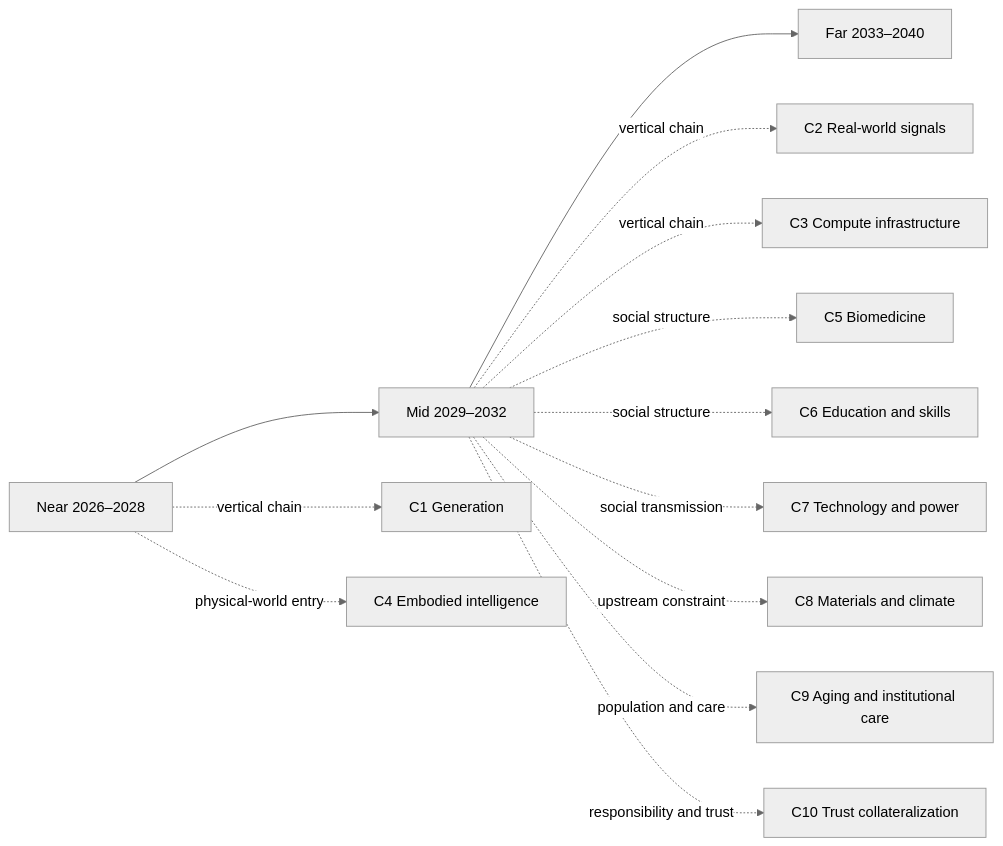
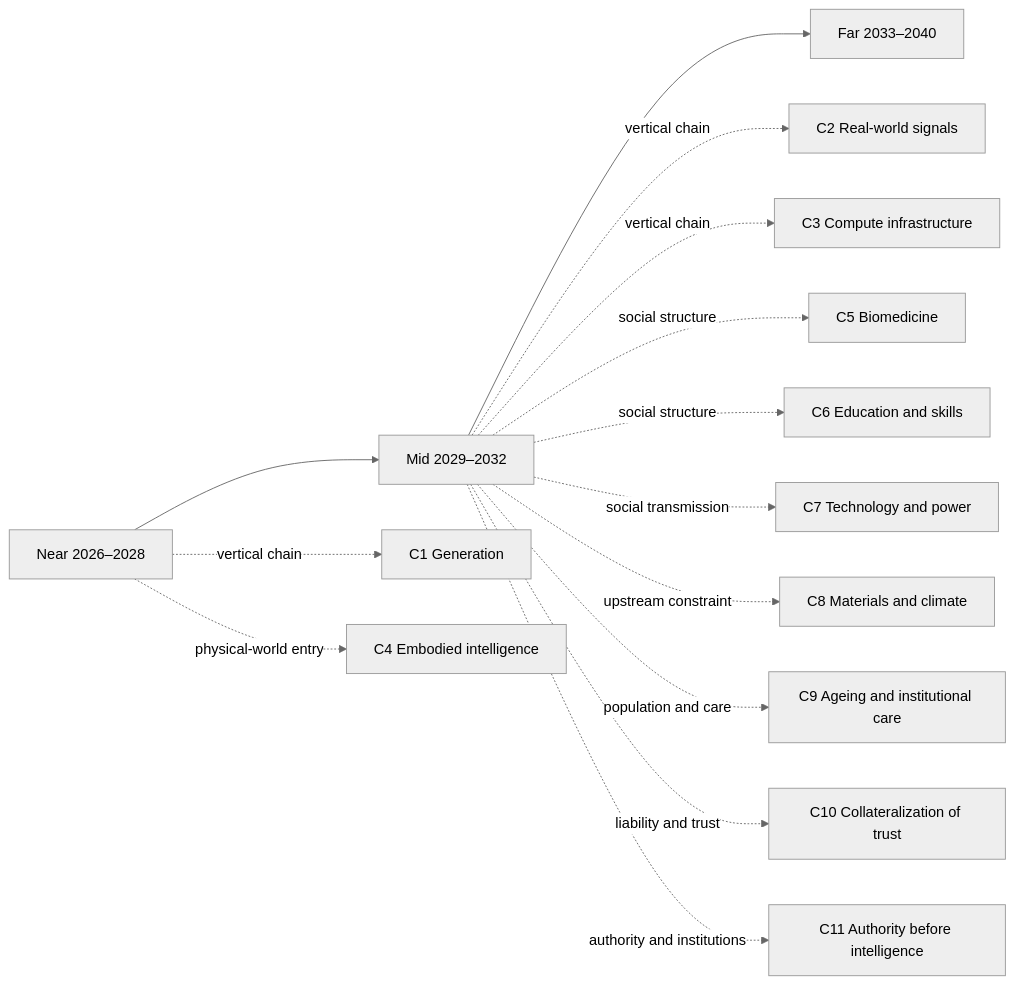
The diagram in docs/en/30-far.md (SenZhangAI/foresight-by-ai), drawn with Mermaid (neutral theme) before and after one commit. The commit also changed 7 other files, not shown here.

````diff
--- a/docs/en/30-far.md
+++ b/docs/en/30-far.md
@@ -21,15 +21,16 @@
 ```mermaid
 flowchart LR
   N[Near 2026–2028] --> M[Mid 2029–2032]
   M --> F[Far 2033–2040]
   N -.vertical chain.-> C1[C1 Generation]
   M -.vertical chain.-> C2[C2 Real-world signals]
   M -.vertical chain.-> C3[C3 Compute infrastructure]
   N -.physical-world entry.-> C4[C4 Embodied intelligence]
   M -.social structure.-> C5[C5 Biomedicine]
   M -.social structure.-> C6[C6 Education and skills]
   M -.social transmission.-> C7[C7 Technology and power]
   M -.upstream constraint.-> C8[C8 Materials and climate]
-  M -.population and care.-> C9[C9 Aging and institutional care]
-  M -.responsibility and trust.-> C10[C10 Trust collateralization]
+  M -.population and care.-> C9[C9 Ageing and institutional care]
+  M -.liability and trust.-> C10[C10 Collateralization of trust]
+  M -.authority and institutions.-> C11[C11 Authority before intelligence]
 ```
````
